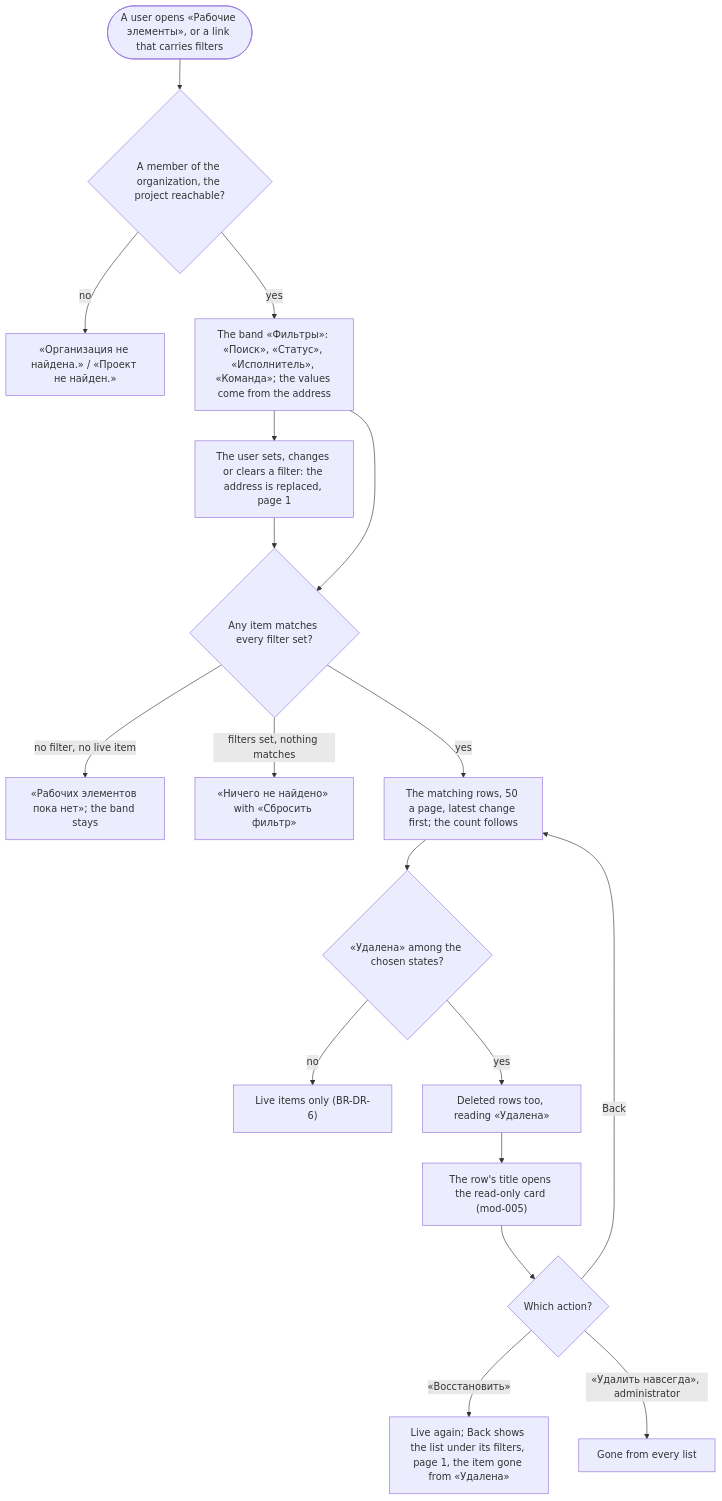
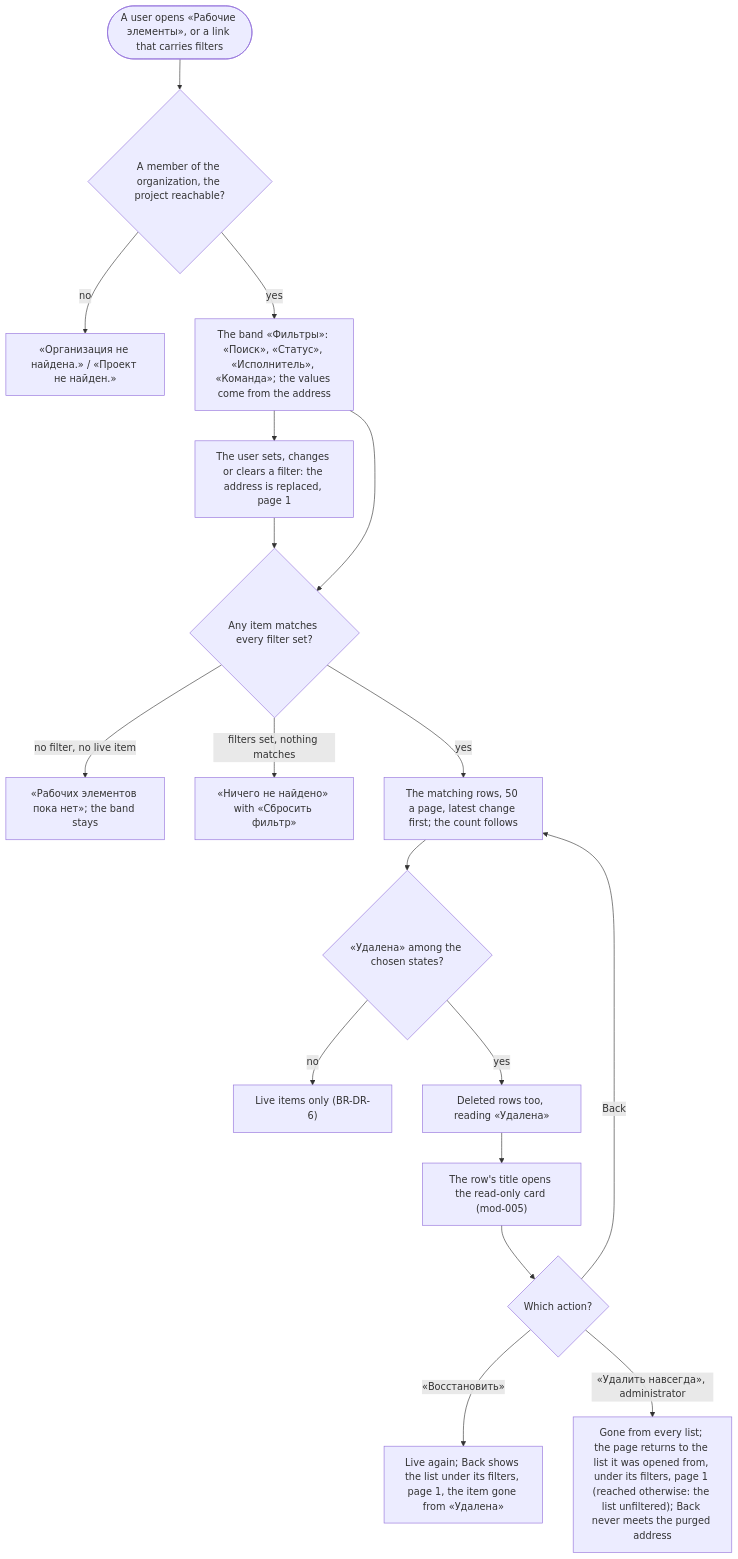
The diagram in docs/features/feat-003-work-item-search/spec.md (totKtoXam/mustask), drawn with Mermaid before and after one commit. The commit also changed other lines of this file and 3 other files, not shown here.

````diff
--- a/docs/features/feat-003-work-item-search/spec.md
+++ b/docs/features/feat-003-work-item-search/spec.md
@@ -39,20 +39,20 @@
 ```mermaid
 flowchart TD
     S(["A user opens «Рабочие элементы», or a link that carries filters"]) --> R{"A member of the organization, the project reachable?"}
     R -->|no| Rx["«Организация не найдена.» / «Проект не найден.»"]
     R -->|yes| F["The band «Фильтры»: «Поиск», «Статус», «Исполнитель», «Команда»; the values come from the address"]
     F --> C["The user sets, changes or clears a filter: the address is replaced, page 1"]
     C --> Q{"Any item matches every filter set?"}
     F --> Q
     Q -->|"no filter, no live item"| E0["«Рабочих элементов пока нет»; the band stays"]
     Q -->|"filters set, nothing matches"| E1["«Ничего не найдено» with «Сбросить фильтр»"]
     Q -->|yes| L["The matching rows, 50 a page, latest change first; the count follows"]
     L --> D{"«Удалена» among the chosen states?"}
     D -->|no| L1["Live items only (BR-DR-6)"]
     D -->|yes| L2["Deleted rows too, reading «Удалена»"]
     L2 --> O["The row's title opens the read-only card (mod-005)"]
     O --> O1{"Which action?"}
     O1 -->|"«Восстановить»"| O2["Live again; Back shows the list under its filters, page 1, the item gone from «Удалена»"]
-    O1 -->|"«Удалить навсегда», administrator"| O3["Gone from every list"]
+    O1 -->|"«Удалить навсегда», administrator"| O3["Gone from every list; the page returns to the list it was opened from, under its filters, page 1 (reached otherwise: the list unfiltered); Back never meets the purged address"]
     O1 -->|"Back"| L
 ```
````
